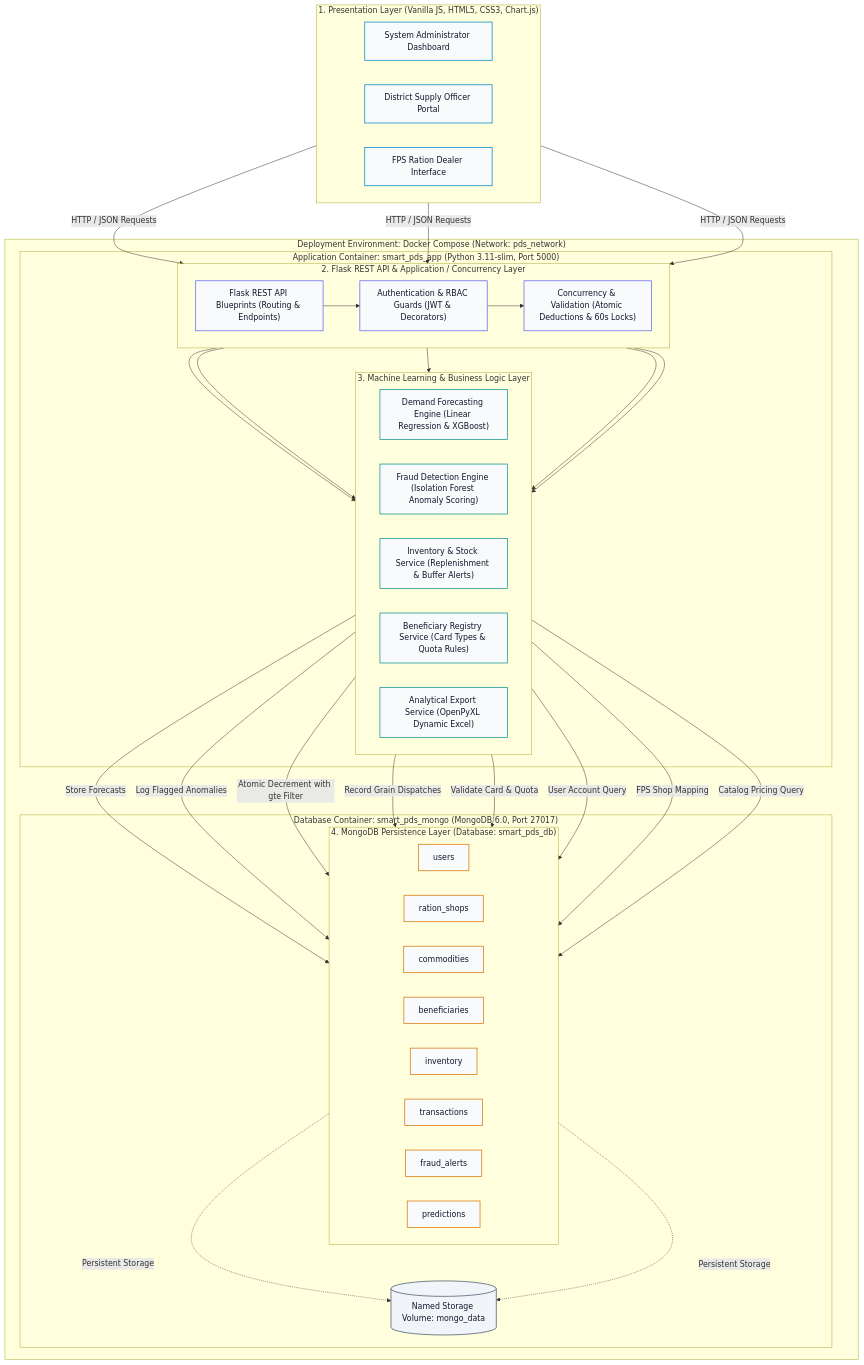
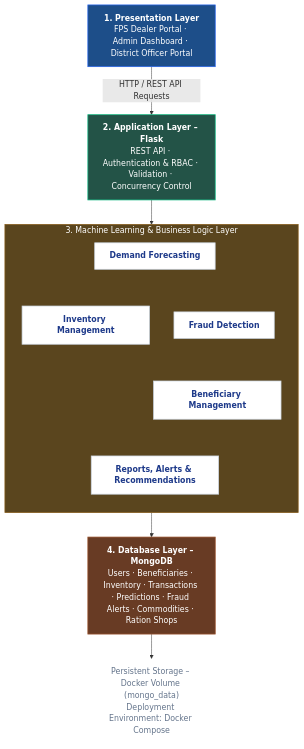
Before and after one commit to fawaz165/AI-Powered-Smart-PDS: the first of 2 diagrams in README.md, drawn with Mermaid.

Commit message:
docs: replace architecture diagram with exact user-provided layered reference layout

````diff
--- a/README.md
+++ b/README.md
@@ -95,98 +95,62 @@
 ```mermaid
 flowchart TD
     %% ========================================================
-    %% 1. PRESENTATION LAYER (CLIENT-SIDE)
+    %% 1. PRESENTATION LAYER
     %% ========================================================
-    subgraph Tier1 ["1. Presentation Layer (Vanilla JS, HTML5, CSS3, Chart.js)"]
-        direction LR
-        UI_Admin["System Administrator Dashboard"]
-        UI_Officer["District Supply Officer Portal"]
-        UI_Dealer["FPS Ration Dealer Interface"]
+    L1["<b>1. Presentation Layer</b><br>FPS Dealer Portal · Admin Dashboard · District Officer Portal"]
+
+    %% ========================================================
+    %% 2. APPLICATION LAYER - FLASK
+    %% ========================================================
+    L2["<b>2. Application Layer – Flask</b><br>REST API · Authentication & RBAC · Validation · Concurrency Control"]
+
+    %% ========================================================
+    %% 3. MACHINE LEARNING & BUSINESS LOGIC LAYER
+    %% ========================================================
+    subgraph L3 ["3. Machine Learning & Business Logic Layer"]
+        direction TB
+        ML1["Demand Forecasting"] ~~~ ML2["Fraud Detection"]
+        ML3["Inventory Management"] ~~~ ML4["Beneficiary Management"]
+        ML5["Reports, Alerts & Recommendations"]
+
+        ML1 ~~~ ML3
+        ML2 ~~~ ML4
+        ML3 ~~~ ML5
+        ML4 ~~~ ML5
     end
 
     %% ========================================================
-    %% DOCKER COMPOSE HOSTING ENVIRONMENT
+    %% 4. DATABASE LAYER - MONGODB
     %% ========================================================
-    subgraph DockerEnv ["Deployment Environment: Docker Compose (Network: pds_network)"]
-
-        subgraph AppContainer ["Application Container: smart_pds_app (Python 3.11-slim, Port 5000)"]
-            %% 2. APPLICATION & CONCURRENCY LAYER
-            subgraph Tier2 ["2. Flask REST API & Application / Concurrency Layer"]
-                direction LR
-                API_Gateway["Flask REST API Blueprints (Routing & Endpoints)"]
-                API_Auth["Authentication & RBAC Guards (JWT & Decorators)"]
-                API_Lock["Concurrency & Validation (Atomic Deductions & 60s Locks)"]
-            end
-
-            %% 3. ML & BUSINESS LOGIC LAYER
-            subgraph Tier3 ["3. Machine Learning & Business Logic Layer"]
-                direction LR
-                ML_Demand["Demand Forecasting Engine (Linear Regression & XGBoost)"]
-                ML_Fraud["Fraud Detection Engine (Isolation Forest Anomaly Scoring)"]
-                SVC_Inv["Inventory & Stock Service (Replenishment & Buffer Alerts)"]
-                SVC_Ben["Beneficiary Registry Service (Card Types & Quota Rules)"]
-                SVC_Rep["Analytical Export Service (OpenPyXL Dynamic Excel)"]
-            end
-        end
-
-        subgraph MongoContainer ["Database Container: smart_pds_mongo (MongoDB 6.0, Port 27017)"]
-            %% 4. PERSISTENCE LAYER
-            subgraph Tier4 ["4. MongoDB Persistence Layer (Database: smart_pds_db)"]
-                direction LR
-                DB_Users["users"]
-                DB_Shops["ration_shops"]
-                DB_Commodities["commodities"]
-                DB_Beneficiaries["beneficiaries"]
-                DB_Inventory["inventory"]
-                DB_Transactions["transactions"]
-                DB_Fraud["fraud_alerts"]
-                DB_Predictions["predictions"]
-            end
-
-            DB_Volume[("Named Storage Volume: mongo_data")]
-        end
-    end
+    L4["<b>4. Database Layer – MongoDB</b><br>Users · Beneficiaries · Inventory · Transactions · Predictions · Fraud Alerts · Commodities · Ration Shops"]
 
     %% ========================================================
-    %% DATA FLOW (HTTP PROTOCOL)
+    %% DEPLOYMENT & STORAGE FOOTER
     %% ========================================================
-    UI_Admin -->|HTTP / JSON Requests| API_Gateway
-    UI_Officer -->|HTTP / JSON Requests| API_Gateway
-    UI_Dealer -->|HTTP / JSON Requests| API_Gateway
-
-    API_Gateway --> API_Auth
-    API_Auth --> API_Lock
-
-    API_Lock --> ML_Demand
-    API_Lock --> ML_Fraud
-    API_Lock --> SVC_Inv
-    API_Lock --> SVC_Ben
-    API_Lock --> SVC_Rep
-
-    ML_Demand -->|Store Forecasts| DB_Predictions
-    ML_Fraud -->|Log Flagged Anomalies| DB_Fraud
-    SVC_Inv -->|Atomic Decrement with gte Filter| DB_Inventory
-    SVC_Inv -->|Record Grain Dispatches| DB_Transactions
-    SVC_Ben -->|Validate Card & Quota| DB_Beneficiaries
-    SVC_Ben -->|User Account Query| DB_Users
-    SVC_Ben -->|FPS Shop Mapping| DB_Shops
-    SVC_Inv -->|Catalog Pricing Query| DB_Commodities
-
-    DB_Inventory -.->|Persistent Storage| DB_Volume
-    DB_Transactions -.->|Persistent Storage| DB_Volume
+    L5["Persistent Storage – Docker Volume (mongo_data)<br>Deployment Environment: Docker Compose"]
 
     %% ========================================================
-    %% MINIMAL PROFESSIONAL COLOR PALETTE
+    %% FLOW ARROWS (TOP-TO-BOTTOM)
     %% ========================================================
-    classDef uiStyle fill:#F8FAFC,stroke:#0284C7,stroke-width:1.5px,color:#0F172A;
-    classDef beStyle fill:#F8FAFC,stroke:#6366F1,stroke-width:1.5px,color:#0F172A;
-    classDef prStyle fill:#F8FAFC,stroke:#0D9488,stroke-width:1.5px,color:#0F172A;
-    classDef dbStyle fill:#F8FAFC,stroke:#D97706,stroke-width:1.5px,color:#0F172A;
-    classDef volStyle fill:#F1F5F9,stroke:#475569,stroke-width:1.5px,color:#0F172A;
+    L1 -->|HTTP / REST API Requests| L2
+    L2 --> L3
+    L3 --> L4
+    L4 --> L5
 
-    class UI_Admin,UI_Officer,UI_Dealer uiStyle;
-    class API_Gateway,API_Auth,API_Lock beStyle;
-    class ML_Demand,ML_Fraud,SVC_Inv,SVC_Ben,SVC_Rep prStyle;
-    class DB_Users,DB_Shops,DB_Commodities,DB_Beneficiaries,DB_Inventory,DB_Transactions,DB_Fraud,DB_Predictions dbStyle;
-    class DB_Volume volStyle;
+    %% ========================================================
+    %% VISUAL STYLING MATCHING REFERENCE ARCHITECTURE
+    %% ========================================================
+    classDef l1Style fill:#1d4e89,stroke:#2563eb,stroke-width:1.5px,color:#ffffff;
+    classDef l2Style fill:#235347,stroke:#10b981,stroke-width:1.5px,color:#ffffff;
+    classDef l3Card fill:#ffffff,stroke:#cbd5e1,stroke-width:1.5px,color:#1e3a8a,font-weight:600;
+    classDef l4Style fill:#683b24,stroke:#9a532d,stroke-width:1.5px,color:#ffffff;
+    classDef l5Style fill:none,stroke:none,color:#64748b;
+
+    class L1 l1Style;
+    class L2 l2Style;
+    class ML1,ML2,ML3,ML4,ML5 l3Card;
+    class L4 l4Style;
+    class L5 l5Style;
+
+    style L3 fill:#5a451e,stroke:#855a18,stroke-width:1.5px,color:#ffffff;
 ```
````
